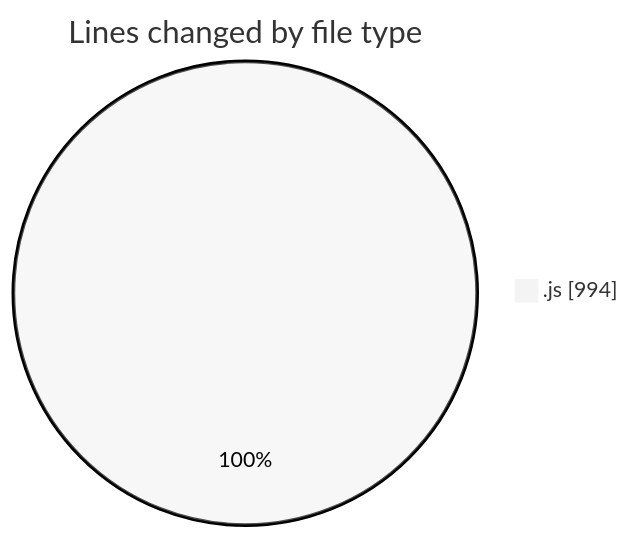
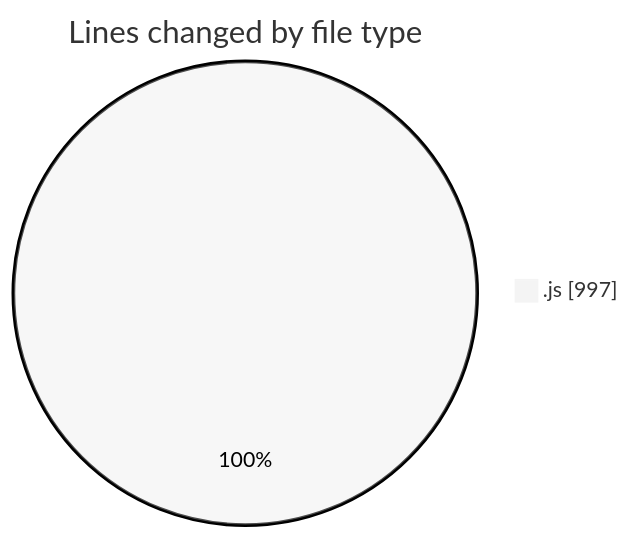
Before and after one commit to nxtqubesakshisongat/code-tracking: the first of 2 diagrams in 2025-10-31/nxtqube_webapp/README.md, drawn with Mermaid (neutral theme). The commit also changed other lines of this file and 1 other file, not shown here.

````diff
--- a/2025-10-31/nxtqube_webapp/README.md
+++ b/2025-10-31/nxtqube_webapp/README.md
@@ -22,5 +22,5 @@
 ```mermaid
 pie showData
 title Lines changed by file type
-".js" : 994
+".js" : 997
 ```
````
